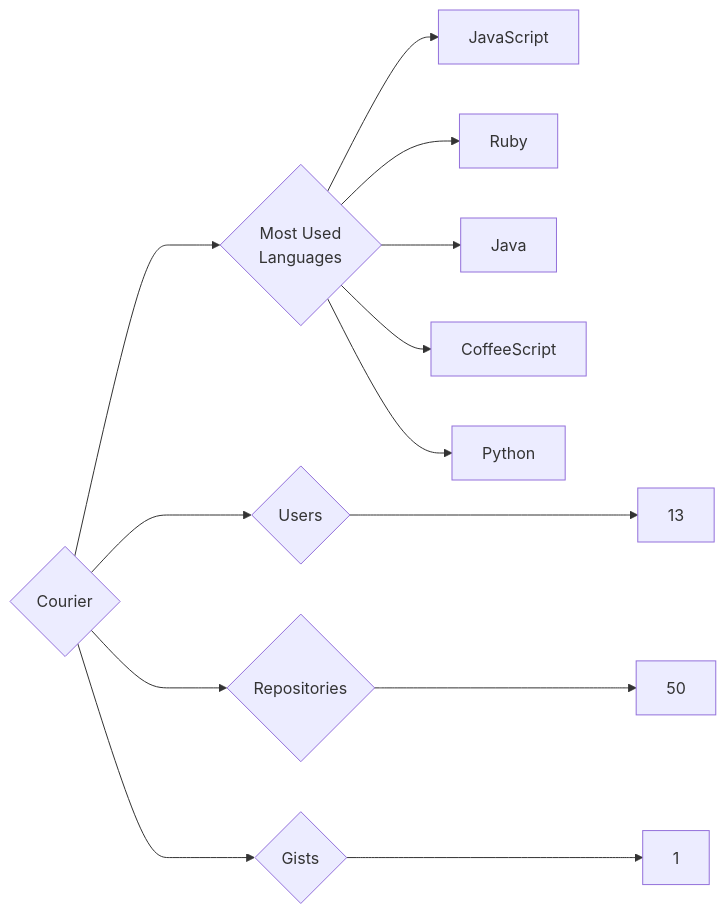
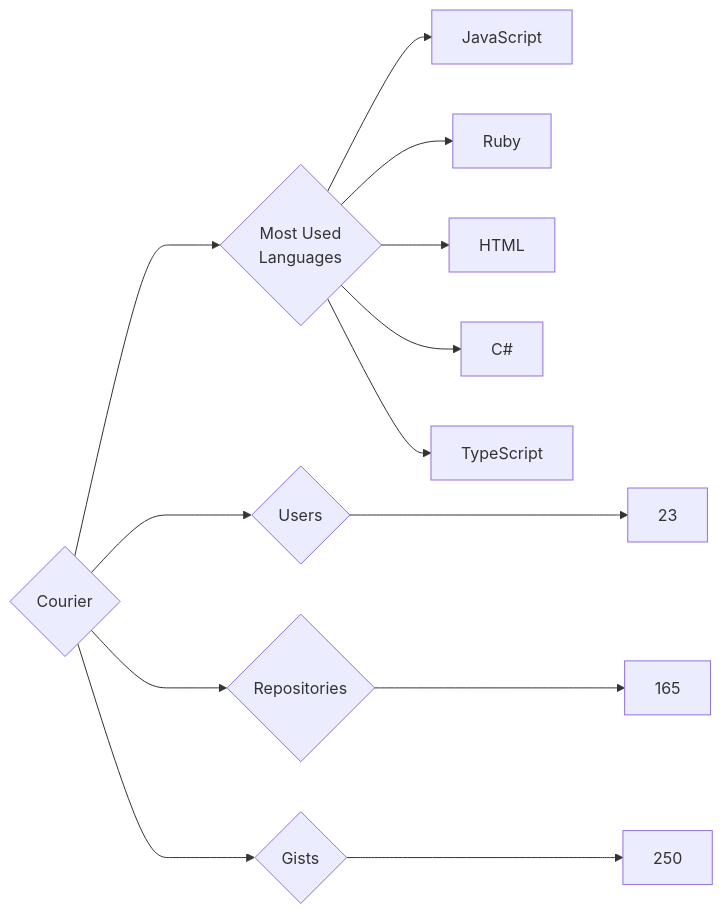
The diagram in targets/Courier/README.md (trickest/insiders), drawn with Mermaid before and after one commit. The commit also changed 900 other files, not shown here.

````diff
--- a/targets/Courier/README.md
+++ b/targets/Courier/README.md
@@ -3,13 +3,13 @@
 ```mermaid
 graph LR
 COMPANY_NAME{Courier}
-COMPANY_NAME ---> U{Users} ---> UN[13]
-COMPANY_NAME ---> R{Repositories} ---> RN[50]
-COMPANY_NAME ---> G{Gists} ---> GN[1]
+COMPANY_NAME ---> U{Users} ---> UN[23]
+COMPANY_NAME ---> R{Repositories} ---> RN[165]
+COMPANY_NAME ---> G{Gists} ---> GN[250]
 COMPANY_NAME ---> ML{Most Used<br>Languages}
 ML --> JavaScript[JavaScript]
 ML --> Ruby[Ruby]
-ML --> Java[Java]
-ML --> CoffeeScript[CoffeeScript]
-ML --> Python[Python]
+ML --> HTML[HTML]
+ML --> C#[C#]
+ML --> TypeScript[TypeScript]
 ```
````
